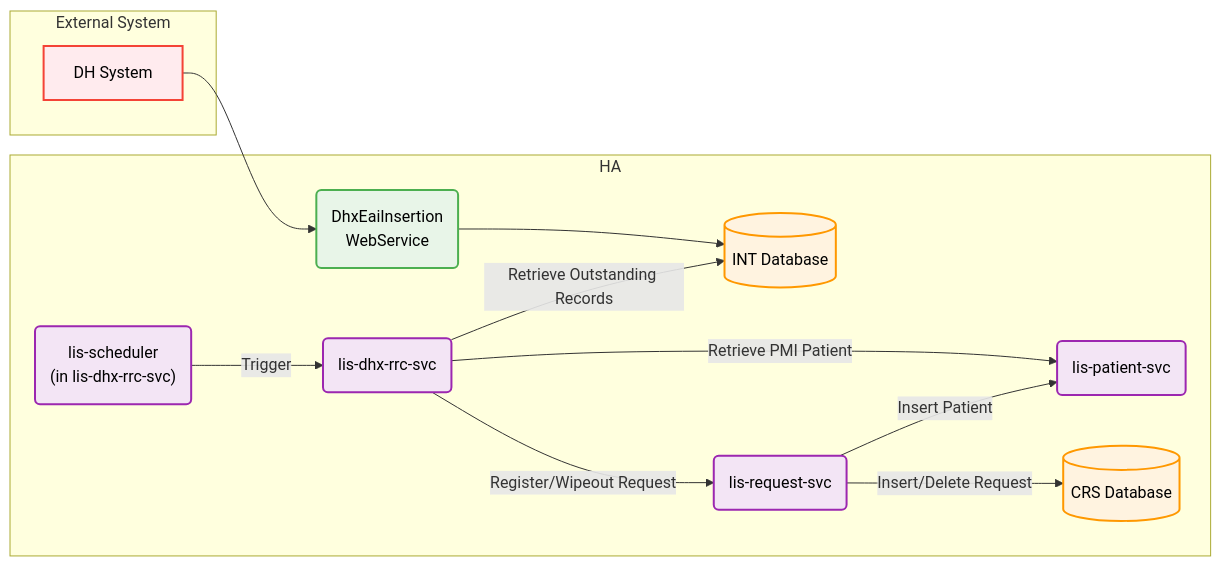
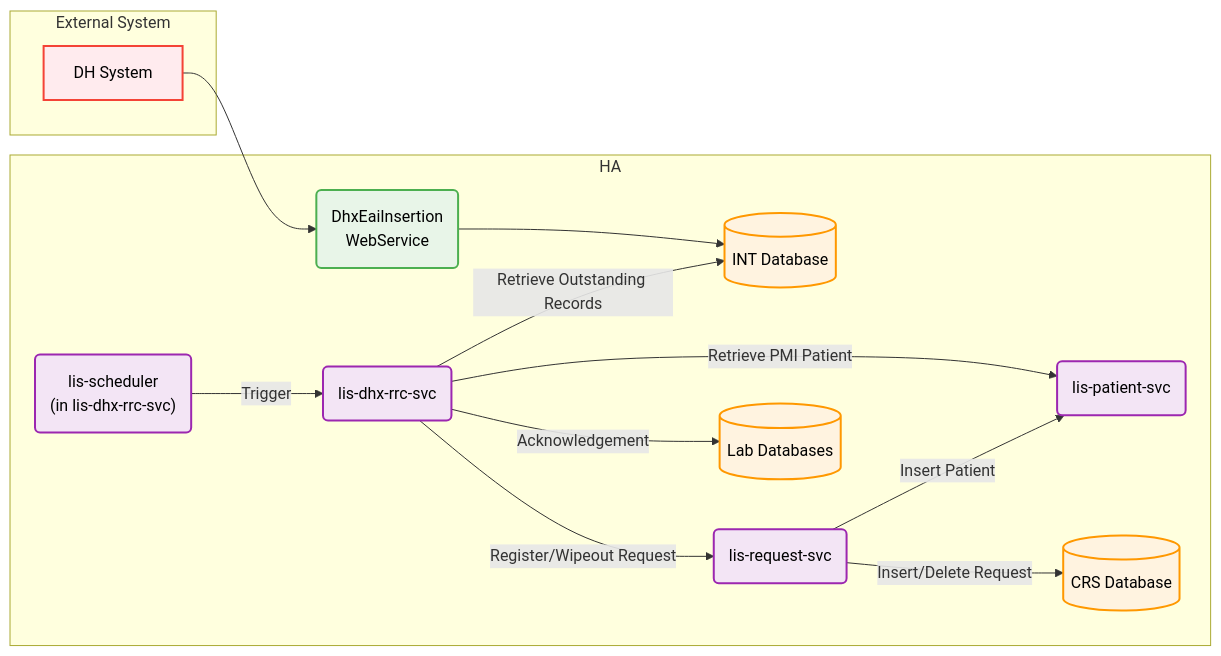
One commit to DragonChong/HA-Notes changed the second of 3 diagrams in LIS/JIRA/Develop cloud application `lis-dhx-rrc-svc` to replace the legacy RRC worker and support dynamic Sybase-PostgreSQL database connectivity during DB migration.md. Above: the diagram before and after it, drawn with Mermaid.

Commit message:
vault backup: 2026-07-16 11:08:09

````diff
--- a/LIS/JIRA/Develop cloud application `lis-dhx-rrc-svc` to replace the legacy RRC worker and support dynamic Sybase-PostgreSQL database connectivity during DB migration.md
+++ b/LIS/JIRA/Develop cloud application `lis-dhx-rrc-svc` to replace the legacy RRC worker and support dynamic Sybase-PostgreSQL database connectivity during DB migration.md
@@ -157,35 +157,37 @@
 ```mermaid
 flowchart LR
     subgraph External["External System"]
             DH["DH System"]
     end
     subgraph Internal["HA"]
             WS("DhxEaiInsertion <br> WebService")
             INT_DB[("INT Database")]
             SCH_SVC("lis-scheduler<br>(in lis-dhx-rrc-svc)")
             RRC_SVC("lis-dhx-rrc-svc")
             PAT_SVC("lis-patient-svc")
             REQ_SVC("lis-request-svc")
             CRS_DB[("CRS Database")]
+            LAB_DB[("Lab Databases")]
     end
     DH --> WS
     WS --> INT_DB
     SCH_SVC -- Trigger--> RRC_SVC
     RRC_SVC -- Retrieve Outstanding Records --> INT_DB
     RRC_SVC -- Retrieve PMI Patient --> PAT_SVC
     RRC_SVC -- Register/Wipeout Request --> REQ_SVC
     REQ_SVC -- Insert/Delete Request --> CRS_DB
     REQ_SVC -- Insert Patient --> PAT_SVC
+    RRC_SVC -- Acknowledgement --> LAB_DB
 
     classDef external fill:#ffebee,stroke:#f44336,stroke-width:2px,color:#000
     classDef internal fill:#e3f2fd,stroke:#2196f3,stroke-width:2px,color:#000
     classDef webservice fill:#e8f5e8,stroke:#4caf50,stroke-width:2px,color:#000
     classDef database fill:#fff3e0,stroke:#ff9800,stroke-width:2px,color:#000
     classDef service fill:#f3e5f5,stroke:#9c27b0,stroke-width:2px,color:#000
 
     class DH external
     class WS webservice
-    class INT_DB,CRS_DB database
+    class INT_DB,CRS_DB,LAB_DB database
     class RRC_SVC,PAT_SVC,REQ_SVC,SCH_SVC service
 
 ```
````
